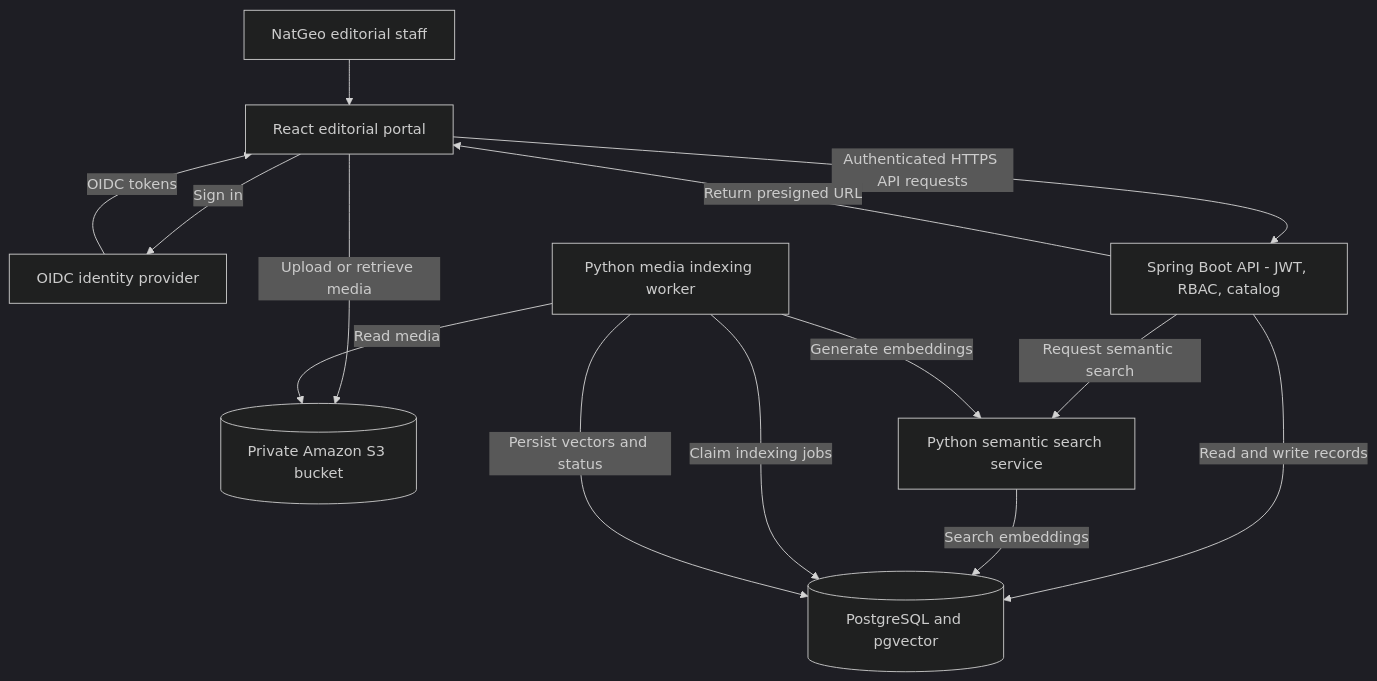
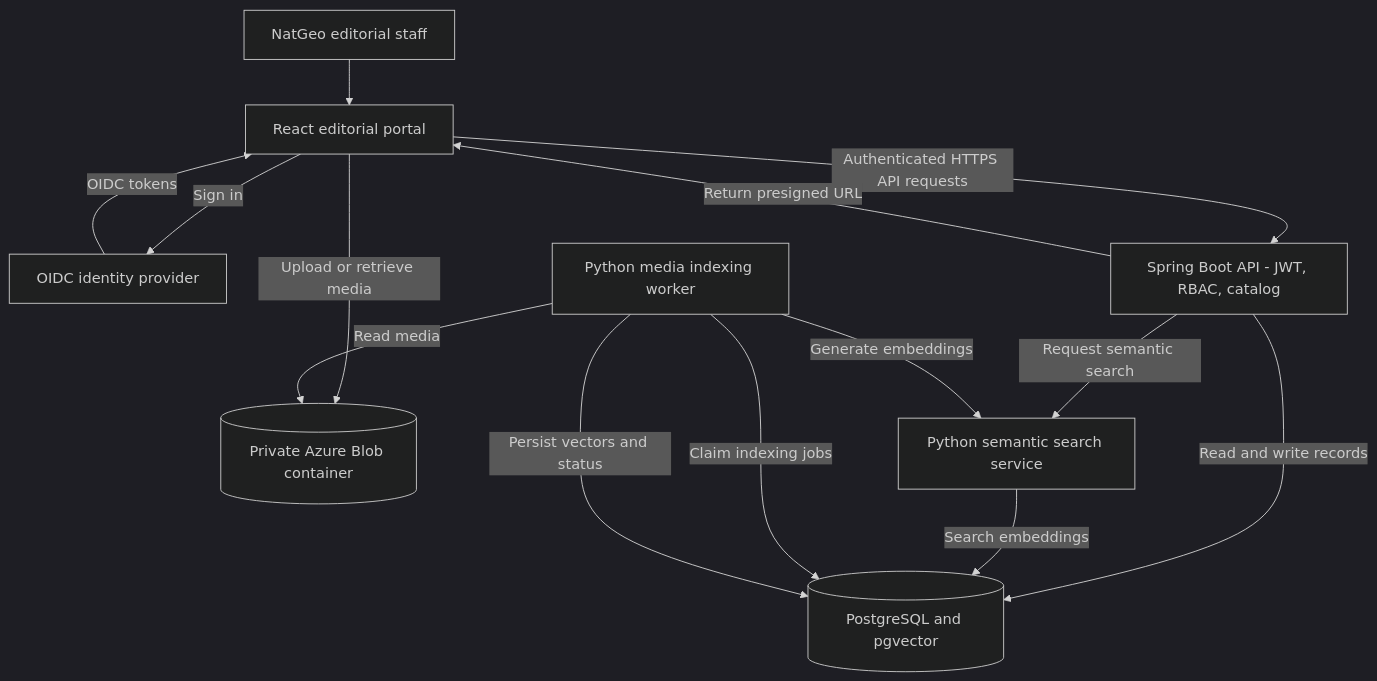
The first of 6 diagrams in README.md (sagarparker/CMPE_272_PROJECT), drawn with Mermaid (dark theme) before and after one commit. The commit also changed other lines of this file and 152 other files, not shown here.

````diff
--- a/README.md
+++ b/README.md
@@ -27,25 +78,25 @@
 ```mermaid
 flowchart TB
     STAFF["NatGeo editorial staff"]
     WEB["React editorial portal"]
     IDP["OIDC identity provider"]
     API["Spring Boot API - JWT, RBAC, catalog"]
     PG[("PostgreSQL and pgvector")]
-    S3[("Private Amazon S3 bucket")]
+    BLOB[("Private Azure Blob container")]
     ML["Python semantic search service"]
     WORK["Python media indexing worker"]
 
     STAFF --> WEB
     WEB -->|Sign in| IDP
     IDP -->|OIDC tokens| WEB
     WEB -->|Authenticated HTTPS API requests| API
     API -->|Read and write records| PG
     API -->|Request semantic search| ML
     ML -->|Search embeddings| PG
     API -->|Return presigned URL| WEB
-    WEB -->|Upload or retrieve media| S3
+    WEB -->|Upload or retrieve media| BLOB
     WORK -->|Claim indexing jobs| PG
-    WORK -->|Read media| S3
+    WORK -->|Read media| BLOB
     WORK -->|Generate embeddings| ML
     WORK -->|Persist vectors and status| PG
 ```
````
